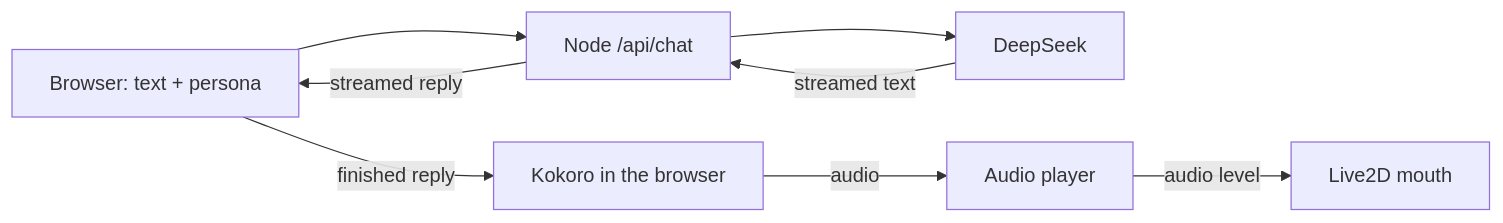
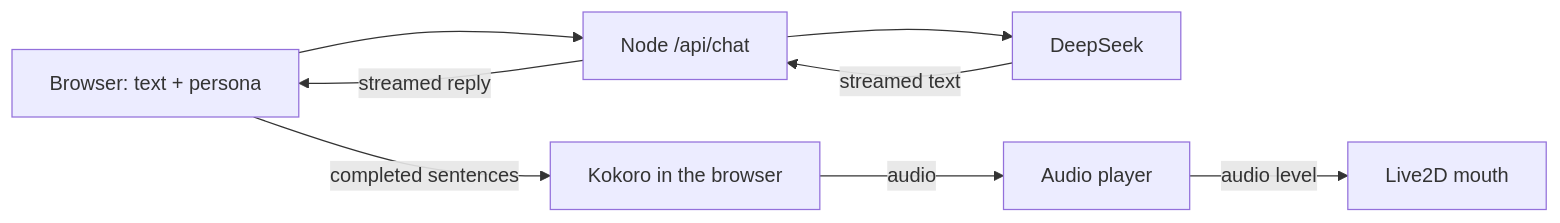
One commit to Chenqiang-Zhang/airi-lite changed the diagram in README.md. Above: the diagram before and after it, drawn with Mermaid. The commit also changed other lines of this file and 5 other files, not shown here.

Commit message:
Speak completed sentences during streamed replies

````diff
--- a/README.md
+++ b/README.md
@@ -34,10 +34,10 @@
 ```mermaid
 flowchart LR
   U[Browser: text + persona] --> API[Node /api/chat]
   API --> DS[DeepSeek]
   DS -->|streamed text| API
   API -->|streamed reply| U
-  U -->|finished reply| TTS[Kokoro in the browser]
+  U -->|completed sentences| TTS[Kokoro in the browser]
   TTS -->|audio| Player[Audio player]
   Player -->|audio level| L2D[Live2D mouth]
 ```
````
